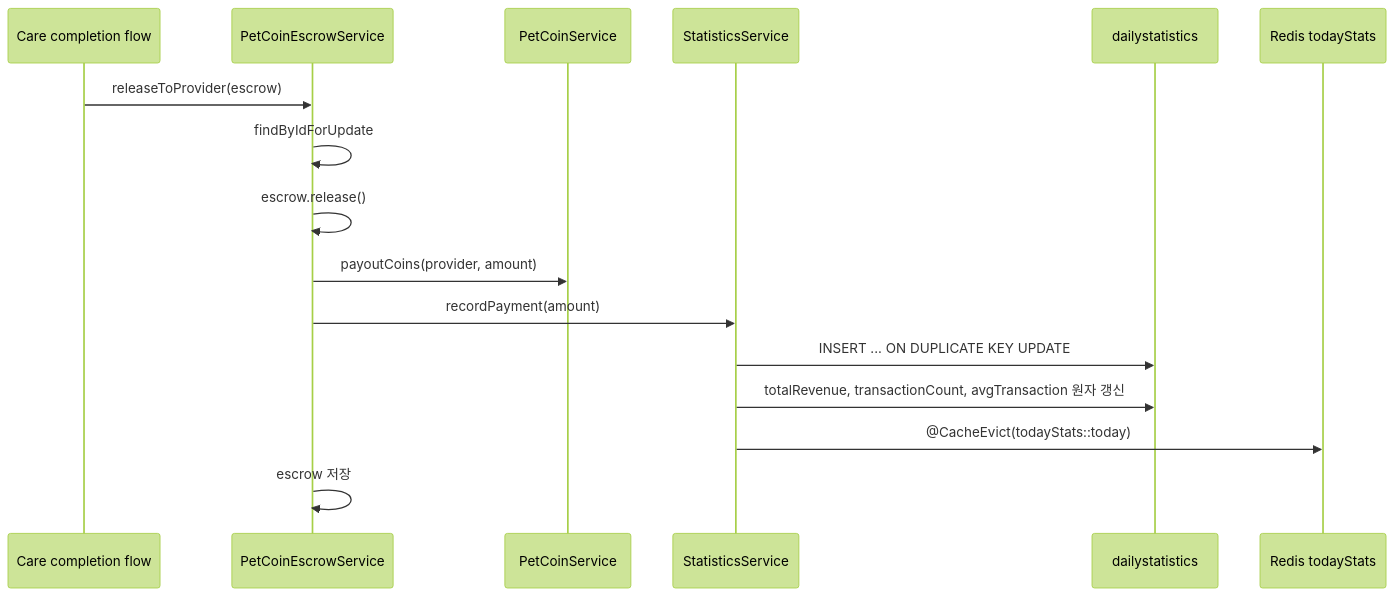
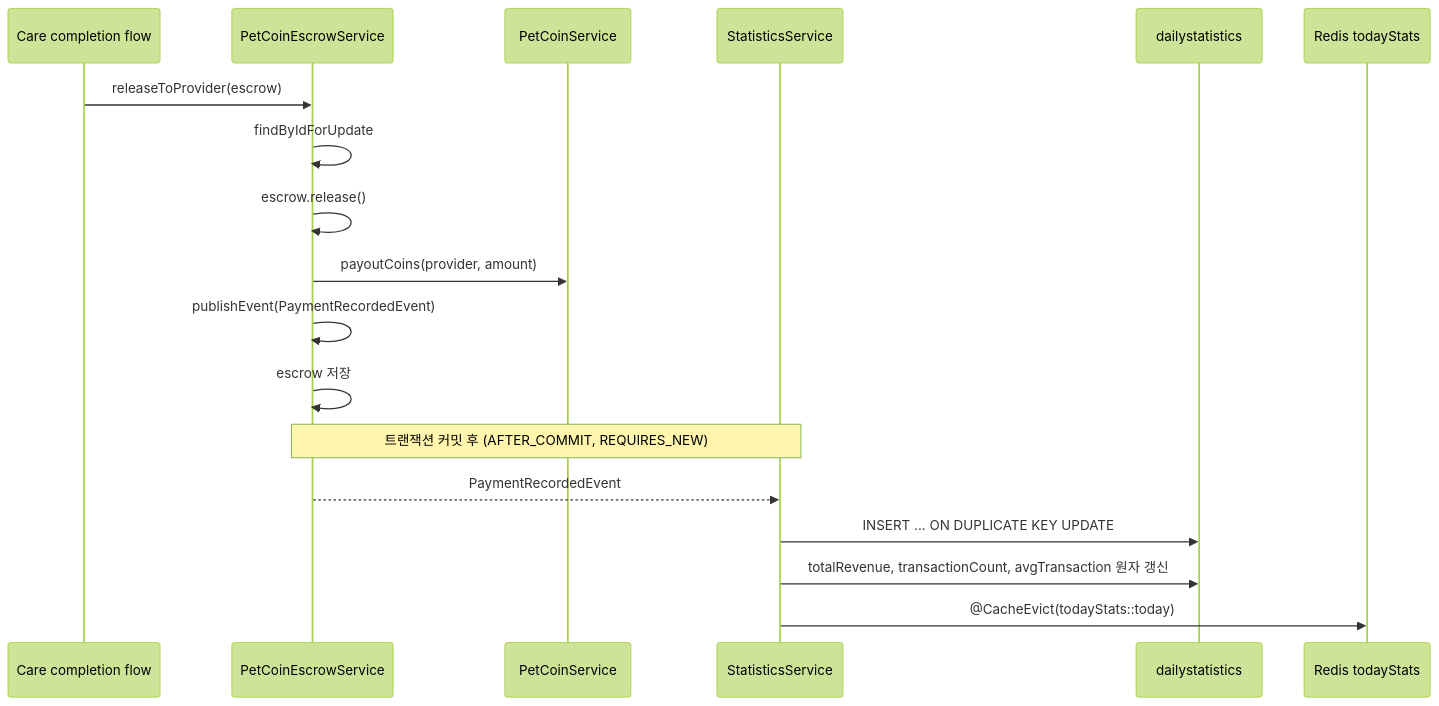
The fourth of 7 diagrams in docs/architecture/관리자 대시보드 & 통계 시스템 아키텍처.md (makkong1/Petory), drawn with Mermaid (forest theme) before and after one commit. The commit also changed other lines of this file and 11 other files, not shown here.

````diff
--- a/docs/architecture/관리자 대시보드 & 통계 시스템 아키텍처.md
+++ b/docs/architecture/관리자 대시보드 & 통계 시스템 아키텍처.md
@@ -166,19 +166,21 @@
 ```mermaid
 sequenceDiagram
   participant Care as Care completion flow
   participant Escrow as PetCoinEscrowService
   participant Coin as PetCoinService
   participant Stats as StatisticsService
   participant Daily as dailystatistics
   participant Redis as Redis todayStats
 
   Care->>Escrow: releaseToProvider(escrow)
   Escrow->>Escrow: findByIdForUpdate
   Escrow->>Escrow: escrow.release()
   Escrow->>Coin: payoutCoins(provider, amount)
-  Escrow->>Stats: recordPayment(amount)
+  Escrow->>Escrow: publishEvent(PaymentRecordedEvent)
+  Escrow->>Escrow: escrow 저장
+  Note over Escrow,Stats: 트랜잭션 커밋 후 (AFTER_COMMIT, REQUIRES_NEW)
+  Escrow-->>Stats: PaymentRecordedEvent
   Stats->>Daily: INSERT ... ON DUPLICATE KEY UPDATE
   Stats->>Daily: totalRevenue, transactionCount, avgTransaction 원자 갱신
   Stats->>Redis: @CacheEvict(todayStats::today)
-  Escrow->>Escrow: escrow 저장
 ```
````
